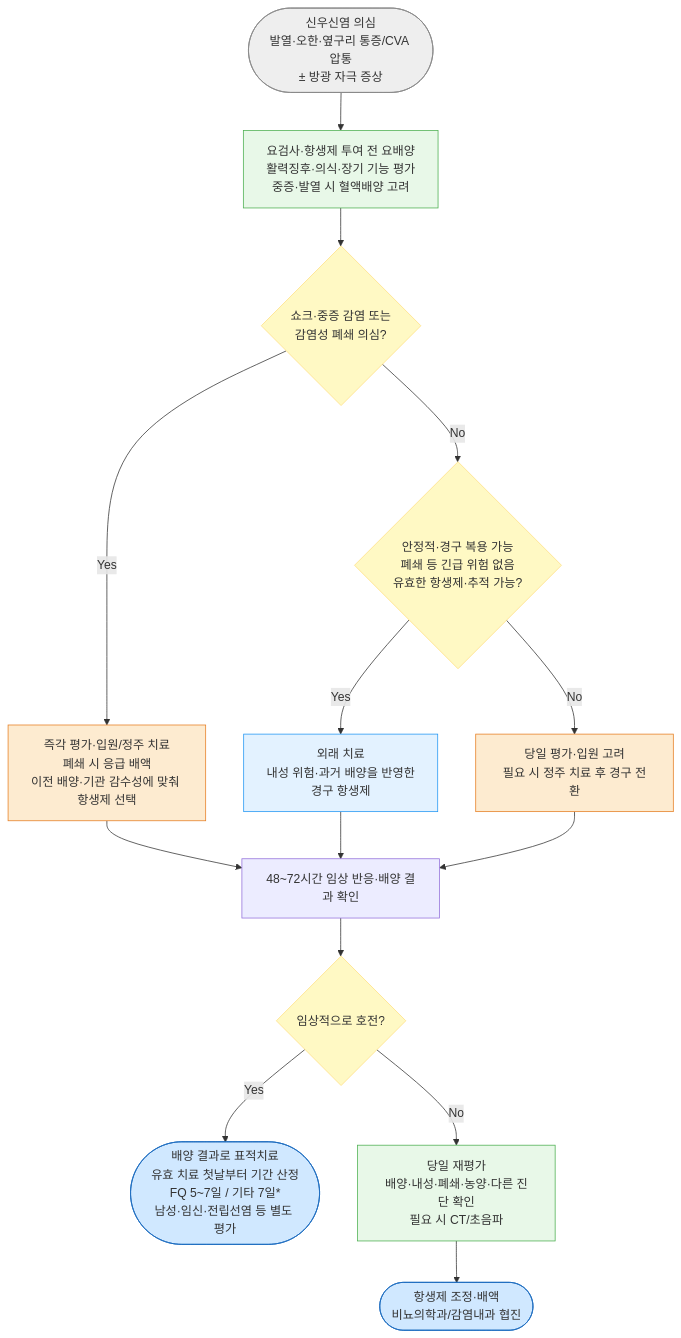
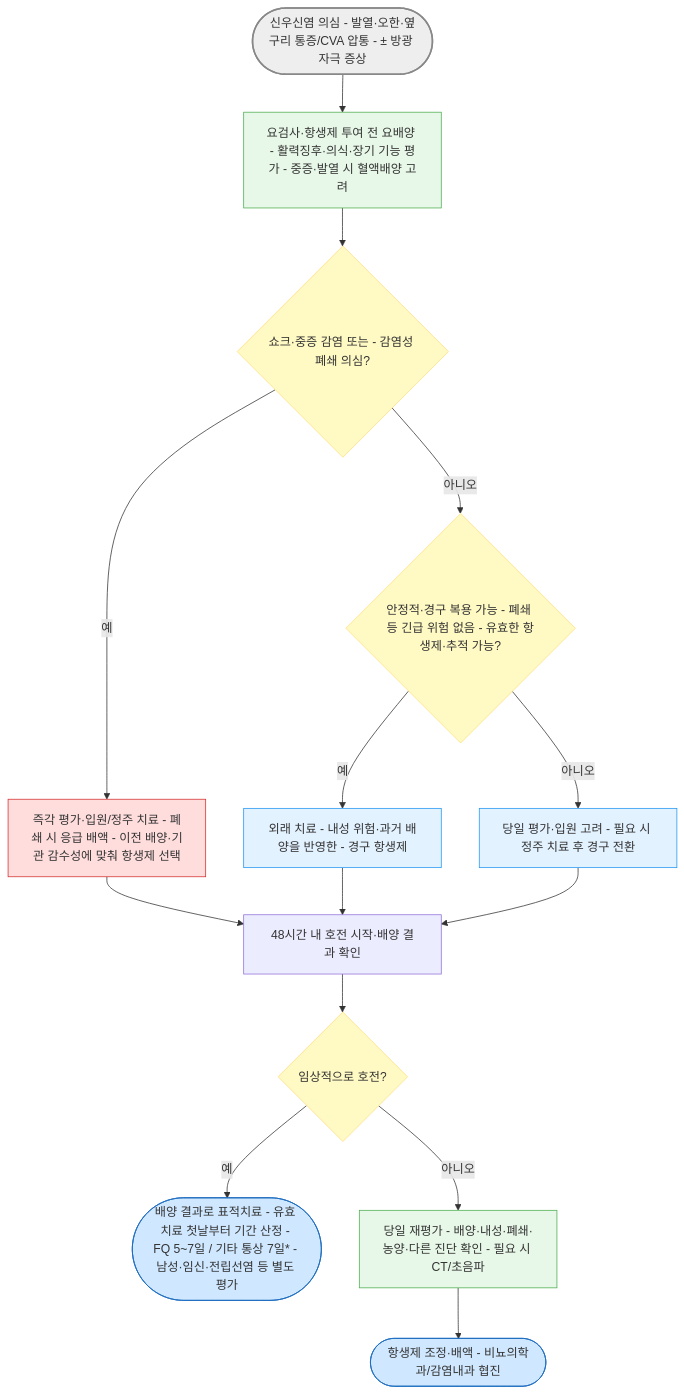
The diagram in 227_/119_-apn-uncomplicated.md (familyoh77/familyoh77), drawn with Mermaid before and after one commit. The commit also changed other lines of this file and 5 other files, not shown here.

````diff
--- a/227_/119_-apn-uncomplicated.md
+++ b/227_/119_-apn-uncomplicated.md
@@ -105,29 +105,30 @@
 ```mermaid
 graph TD
-    Start(["신우신염 의심<br>발열·오한·옆구리 통증/CVA 압통<br>± 방광 자극 증상"]) --> UA["요검사·항생제 투여 전 요배양<br>활력징후·의식·장기 기능 평가<br>중증·발열 시 혈액배양 고려"]
-    UA --> Q1{"쇼크·중증 감염 또는<br>감염성 폐쇄 의심?"}
-    Q1 -->|Yes| Admit1["즉각 평가·입원/정주 치료<br>폐쇄 시 응급 배액<br>이전 배양·기관 감수성에 맞춰 항생제 선택"]
-    Q1 -->|No| Q2{"안정적·경구 복용 가능<br>폐쇄 등 긴급 위험 없음<br>유효한 항생제·추적 가능?"}
-    Q2 -->|Yes| OP["외래 치료<br>내성 위험·과거 배양을 반영한<br>경구 항생제"]
-    Q2 -->|No| Admit2["당일 평가·입원 고려<br>필요 시 정주 치료 후 경구 전환"]
-    OP --> FU["48~72시간 임상 반응·배양 결과 확인"]
+    Start(["신우신염 의심 - 발열·오한·옆구리 통증/CVA 압통 - ± 방광 자극 증상"]) --> UA["요검사·항생제 투여 전 요배양 - 활력징후·의식·장기 기능 평가 - 중증·발열 시 혈액배양 고려"]
+    UA --> Q1{"쇼크·중증 감염 또는 - 감염성 폐쇄 의심?"}
+    Q1 -- "예" --> Admit1["즉각 평가·입원/정주 치료 - 폐쇄 시 응급 배액 - 이전 배양·기관 감수성에 맞춰 항생제 선택"]
+    Q1 -- "아니오" --> Q2{"안정적·경구 복용 가능 - 폐쇄 등 긴급 위험 없음 - 유효한 항생제·추적 가능?"}
+    Q2 -- "예" --> OP["외래 치료 - 내성 위험·과거 배양을 반영한 - 경구 항생제"]
+    Q2 -- "아니오" --> Admit2["당일 평가·입원 고려 - 필요 시 정주 치료 후 경구 전환"]
+    OP --> FU["48시간 내 호전 시작·배양 결과 확인"]
     Admit1 --> FU
     Admit2 --> FU
     FU --> Q3{"임상적으로 호전?"}
-    Q3 -->|Yes| Complete(["배양 결과로 표적치료<br>유효 치료 첫날부터 기간 산정<br>FQ 5~7일 / 기타 7일*<br>남성·임신·전립선염 등 별도 평가"])
-    Q3 -->|No| Image["당일 재평가<br>배양·내성·폐쇄·농양·다른 진단 확인<br>필요 시 CT/초음파"]
-    Image --> Adjust(["항생제 조정·배액<br>비뇨의학과/감염내과 협진"])
+    Q3 -- "예" --> Complete(["배양 결과로 표적치료 - 유효 치료 첫날부터 기간 산정 - FQ 5~7일 / 기타 통상 7일* - 남성·임신·전립선염 등 별도 평가"])
+    Q3 -- "아니오" --> Image["당일 재평가 - 배양·내성·폐쇄·농양·다른 진단 확인 - 필요 시 CT/초음파"]
+    Image --> Adjust(["항생제 조정·배액 - 비뇨의학과/감염내과 협진"])
 
     classDef neutral fill:#eeeeee,stroke:#888888
     classDef test fill:#e8f8e8,stroke:#4caf50
     classDef decision fill:#fff9c4,stroke:#ffe082
     classDef outpatient fill:#e3f2ff,stroke:#2196f3
-    classDef admission fill:#fdebd0,stroke:#e67e22
+    classDef emergency fill:#ffdddd,stroke:#d32f2f
     classDef result fill:#d0e8ff,stroke:#1a6abf
-    class Start neutral
+    style Start fill:#eeeeee,stroke:#888888,stroke-width:2px
     class UA,Image test
     class Q1,Q2,Q3 decision
     class OP outpatient
-    class Admit1,Admit2 admission
+    class Admit1 emergency
+    class Admit2 outpatient
     class Complete,Adjust result
 ```
````
